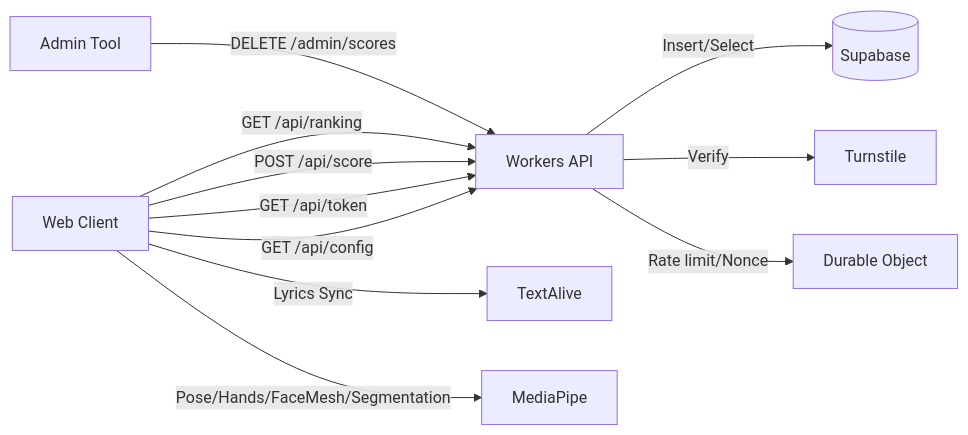
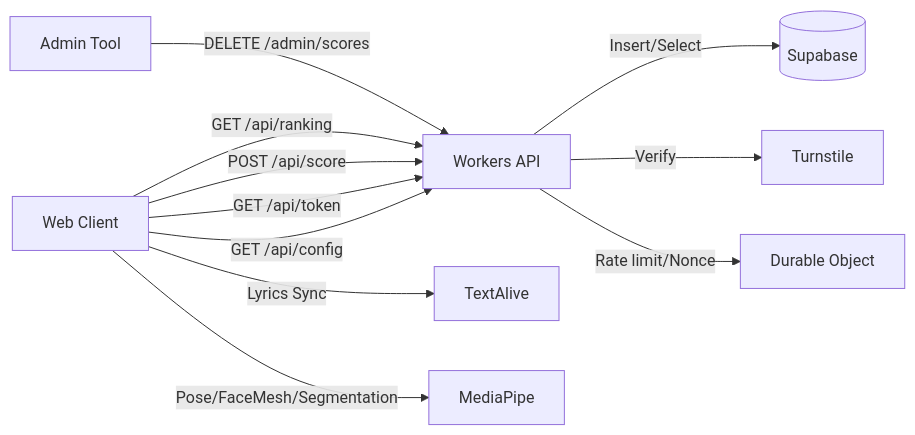
One commit to syusyusyusyu/star changed the fifth of 10 diagrams in 仕様書.md. Above: the diagram before and after it, drawn with Mermaid. The commit also changed other lines of this file, not shown here.

````diff
--- a/仕様書.md
+++ b/仕様書.md
@@ -106,13 +105,13 @@
 ```mermaid
 flowchart LR
   Client[Web Client] -->|GET /api/config| API[Workers API]
   Client -->|GET /api/token| API
   Client -->|POST /api/score| API
   Client -->|GET /api/ranking| API
   Admin[Admin Tool] -->|DELETE /admin/scores| API
   API -->|Insert/Select| DB[(Supabase)]
   API -->|Verify| Turnstile
   API -->|Rate limit/Nonce| DO[Durable Object]
   Client -->|Lyrics Sync| TextAlive
-  Client -->|Pose/Hands/FaceMesh/Segmentation| MediaPipe
+  Client -->|Pose/FaceMesh/Segmentation| MediaPipe
 ```
````
